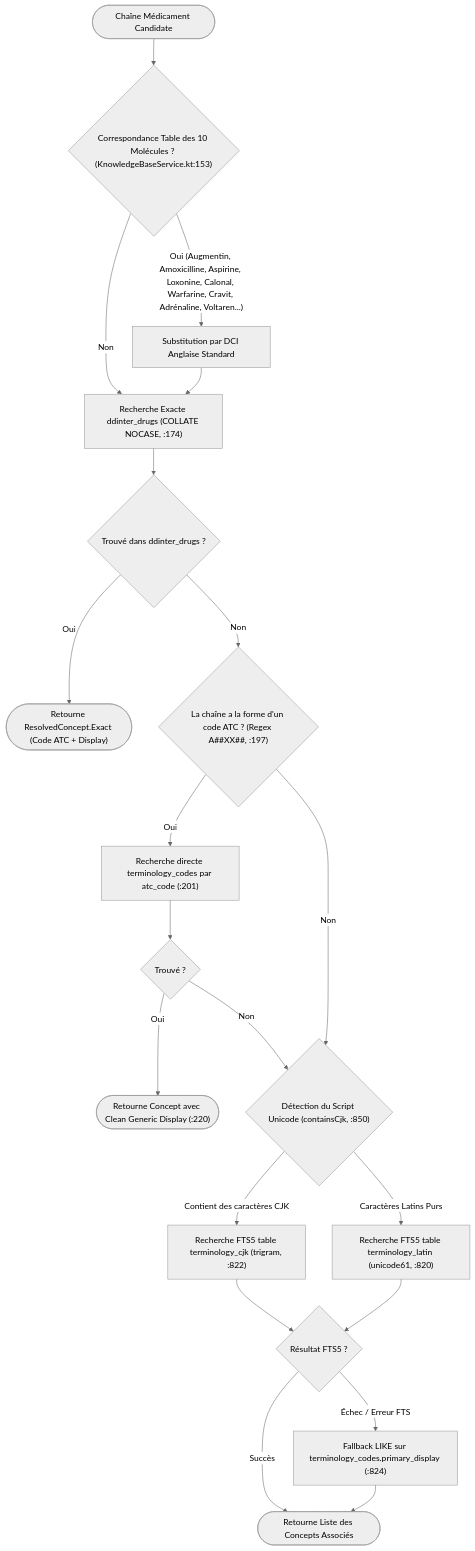
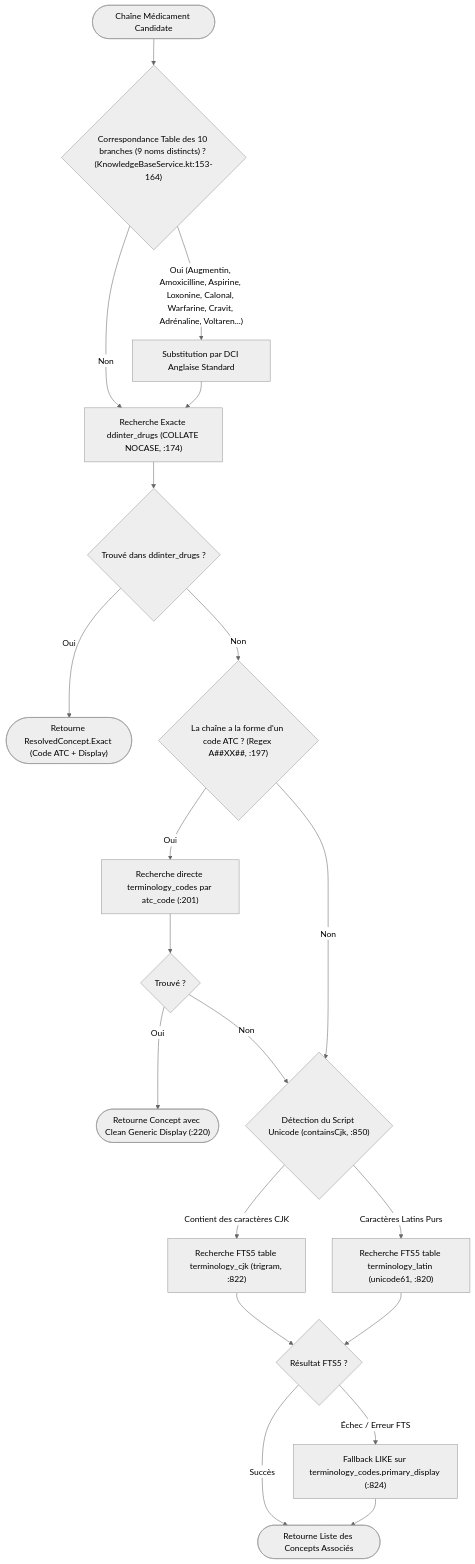
Before and after one commit to kurodohenroonsen/JemmaPass: diagram 18 of 21 in docs/DOCUMENTATION_UML_FONCTIONNELLE.md, drawn with Mermaid (neutral theme). The commit also changed other lines of this file and 1 other file, not shown here.

````diff
--- a/docs/DOCUMENTATION_UML_FONCTIONNELLE.md
+++ b/docs/DOCUMENTATION_UML_FONCTIONNELLE.md
@@ -819,30 +825,30 @@
 ```mermaid
 flowchart TD
-    Start(["Chaîne Médicament Candidate"]) --> NormalizeHardcoded{"Correspondance Table des 10 Molécules ? (KnowledgeBaseService.kt:153)"}
+    Start(["Chaîne Médicament Candidate"]) --> NormalizeHardcoded{"Correspondance Table des 10 branches (9 noms distincts) ? (KnowledgeBaseService.kt:153-164)"}
     
     NormalizeHardcoded -- "Oui (Augmentin, Amoxicilline, Aspirine, Loxonine, Calonal, Warfarine, Cravit, Adrénaline, Voltaren...)" --> MapEnglish["Substitution par DCI Anglaise Standard"]
     NormalizeHardcoded -- Non --> ExactLookup["Recherche Exacte ddinter_drugs (COLLATE NOCASE, :174)"]
     
     MapEnglish --> ExactLookup
     ExactLookup --> FoundExact{"Trouvé dans ddinter_drugs ?"}
     
     FoundExact -- Oui --> ReturnExact(["Retourne ResolvedConcept.Exact (Code ATC + Display)"])
     FoundExact -- Non --> RegexAtc{"La chaîne a la forme d'un code ATC ? (Regex A##XX##, :197)"}
     
     RegexAtc -- Oui --> LookupTermCodes["Recherche directe terminology_codes par atc_code (:201)"]
     LookupTermCodes --> FoundTerm{"Trouvé ?"}
     FoundTerm -- Oui --> ReturnTerm(["Retourne Concept avec Clean Generic Display (:220)"])
     FoundTerm -- Non --> SearchScript{"Détection du Script Unicode (containsCjk, :850)"}
     
     RegexAtc -- Non --> SearchScript
     
     SearchScript -- "Contient des caractères CJK" --> QueryFTSCJK["Recherche FTS5 table terminology_cjk (trigram, :822)"]
     SearchScript -- "Caractères Latins Purs" --> QueryFTSLatin["Recherche FTS5 table terminology_latin (unicode61, :820)"]
     
     QueryFTSCJK --> FtsSuccess{"Résultat FTS5 ?"}
     QueryFTSLatin --> FtsSuccess
     
     FtsSuccess -- Succès --> ReturnFts(["Retourne Liste des Concepts Associés"])
     FtsSuccess -- Échec / Erreur FTS --> FallbackLike["Fallback LIKE sur terminology_codes.primary_display (:824)"]
     FallbackLike --> ReturnFts
 ```
````
